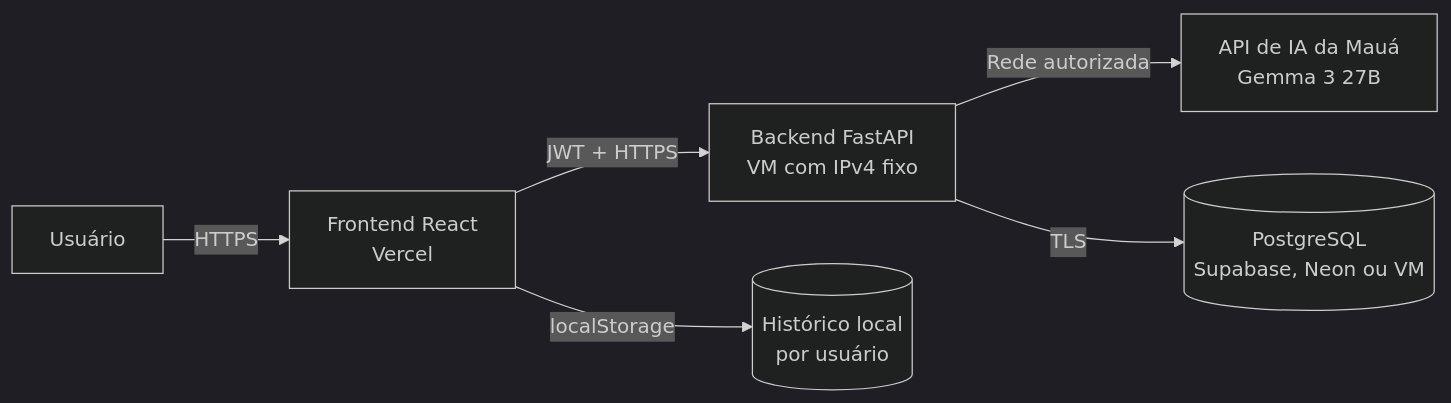
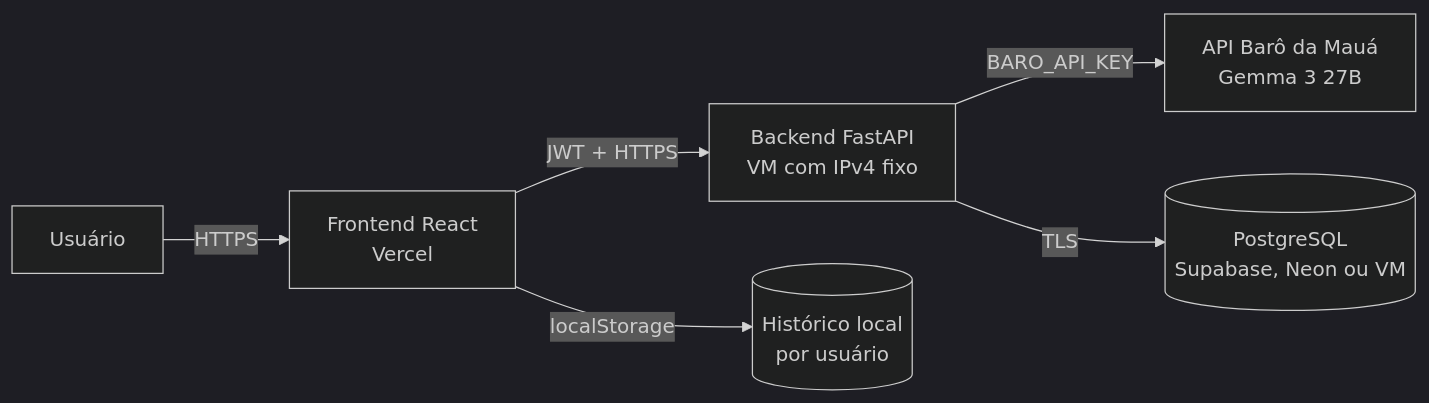
Before and after one commit to OmarFLK/MAUA_IA: the diagram in docs/00 - Indice Maua AI.md, drawn with Mermaid (dark theme). The commit also changed other lines of this file and 45 other files, not shown here.

````diff
--- a/docs/00 - Indice Maua AI.md
+++ b/docs/00 - Indice Maua AI.md
@@ -53,8 +53,8 @@
 ```mermaid
 flowchart LR
     U[Usuário] -->|HTTPS| F[Frontend React<br/>Vercel]
     F -->|JWT + HTTPS| B[Backend FastAPI<br/>VM com IPv4 fixo]
-    B -->|Rede autorizada| M[API de IA da Mauá<br/>Gemma 3 27B]
+    B -->|BARO_API_KEY| M[API Barô da Mauá<br/>Gemma 3 27B]
     B -->|TLS| P[(PostgreSQL<br/>Supabase, Neon ou VM)]
     F -->|localStorage| H[(Histórico local<br/>por usuário)]
 ```
````
